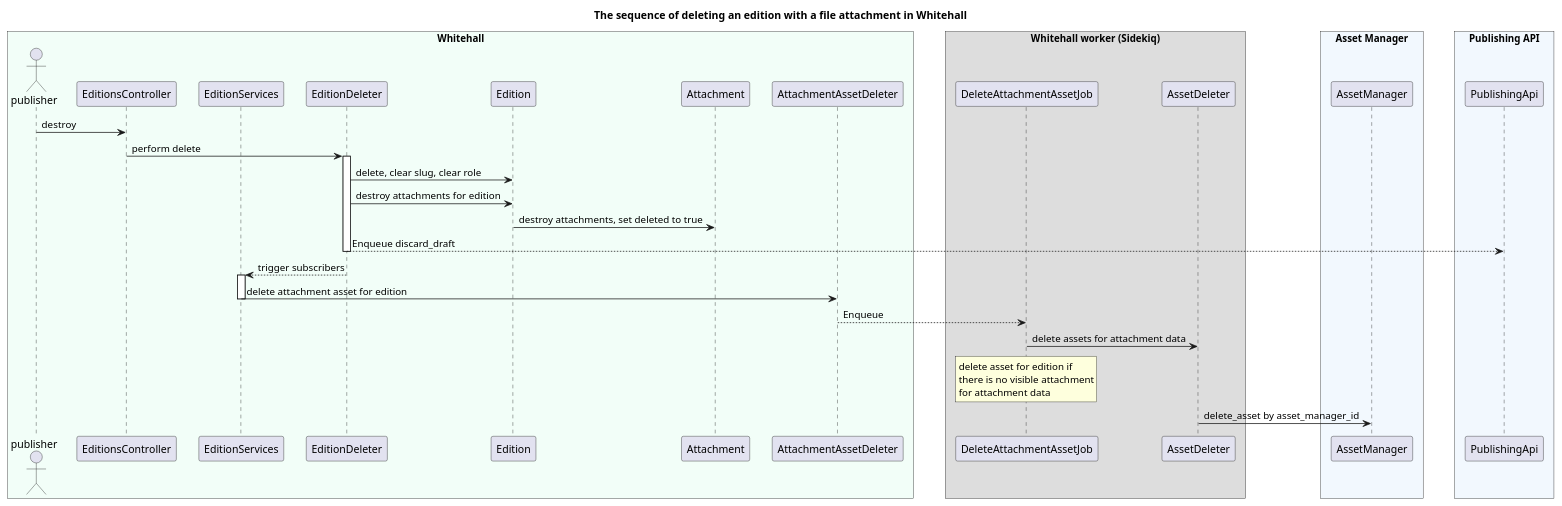
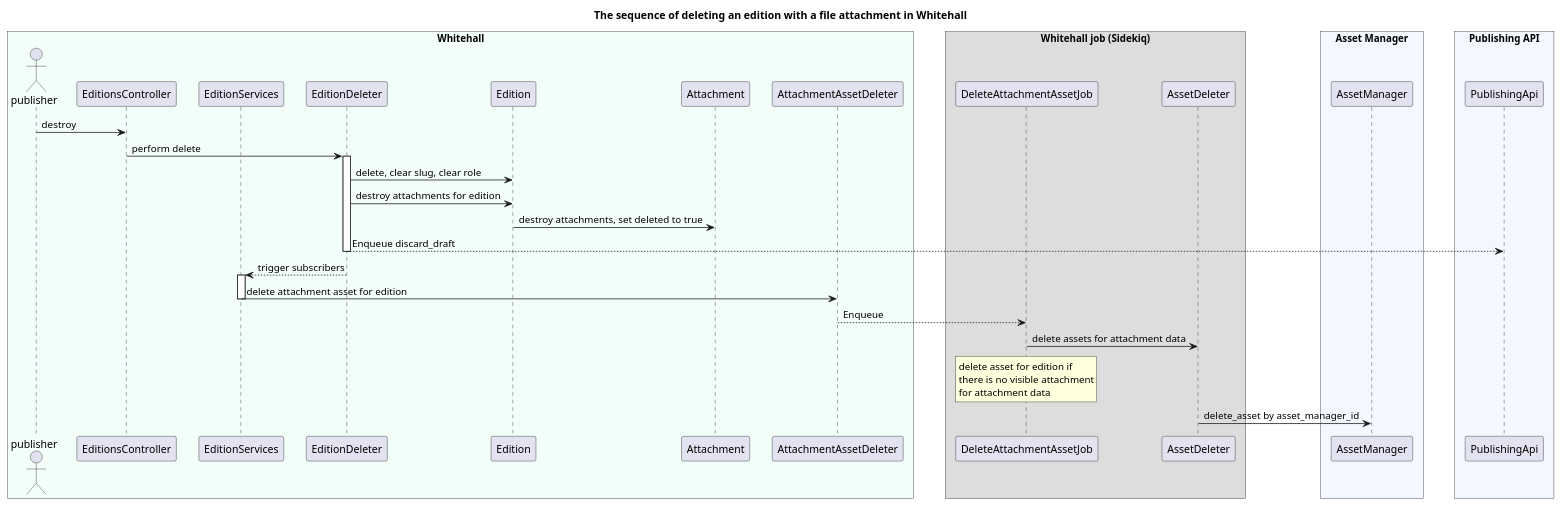
The diagram in docs/diagrams/asset_attachment_edition_deletion_flow.puml (alphagov/whitehall), drawn with PlantUML before and after one commit. The commit also changed 296 other files, not shown here.

Commit message:
Rename worker with job

```diff
--- a/docs/diagrams/asset_attachment_edition_deletion_flow.puml
+++ b/docs/diagrams/asset_attachment_edition_deletion_flow.puml
@@ -1,49 +1,49 @@
 @startuml asset_attachment_edition_deletion_flow
 
 title The sequence of deleting an edition with a file attachment in Whitehall
 skinparam BoxPadding 20
 skinparam ParticipantPadding 10
 
 box "Whitehall" #f2fef8
 actor publisher
 participant EditionsController
 participant EditionServices
 participant EditionDeleter
 participant Edition
 participant Attachment
 participant AttachmentAssetDeleter
 end box
 
-box Whitehall worker (Sidekiq)
+box Whitehall job (Sidekiq)
 participant DeleteAttachmentAssetJob
 participant AssetDeleter
 end box
 
 box "Asset Manager" #f2f8fe
 participant AssetManager
 end box
 
 box "Publishing API" #f2f8fe
 participant PublishingApi
 end box
 
 publisher -> EditionsController : destroy
 EditionsController -> EditionDeleter++ : perform delete
 EditionDeleter -> Edition : delete, clear slug, clear role
 EditionDeleter -> Edition : destroy attachments for edition
 Edition -> Attachment : destroy attachments, set deleted to true
 EditionDeleter --> PublishingApi-- : Enqueue discard_draft
 
 EditionDeleter --> EditionServices++ : trigger subscribers
 EditionServices -> AttachmentAssetDeleter-- : delete attachment asset for edition
 
 AttachmentAssetDeleter --> DeleteAttachmentAssetJob : Enqueue
 DeleteAttachmentAssetJob -> AssetDeleter : delete assets for attachment data
 rnote over DeleteAttachmentAssetJob
   delete asset for edition if
   there is no visible attachment
   for attachment data
 endrnote
 AssetDeleter -> AssetManager : delete_asset by asset_manager_id
 
 @enduml
```
